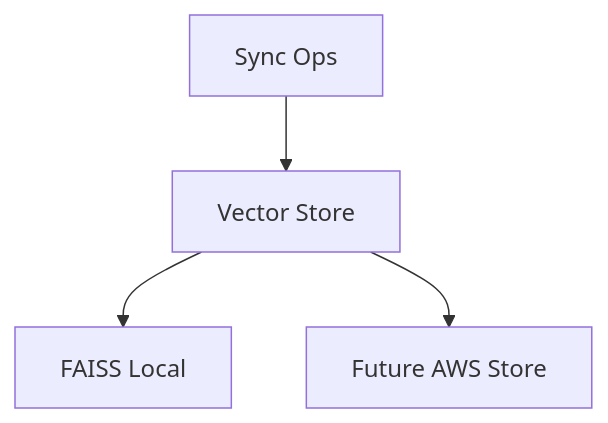
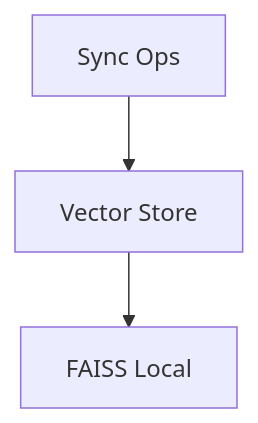
The third of 3 diagrams in memory-bank/techContext.md (laialex501/lorechat-container), drawn with Mermaid before and after one commit. The commit also changed other lines of this file and 27 other files, not shown here.

````diff
--- a/memory-bank/techContext.md
+++ b/memory-bank/techContext.md
@@ -51,6 +52,5 @@
 ```mermaid
 graph TD
     A[Vector Store] --> B[FAISS Local]
-    A --> C[Future AWS Store]
-    D[Sync Ops] --> A
+    C[Sync Ops] --> A
 ```
````
